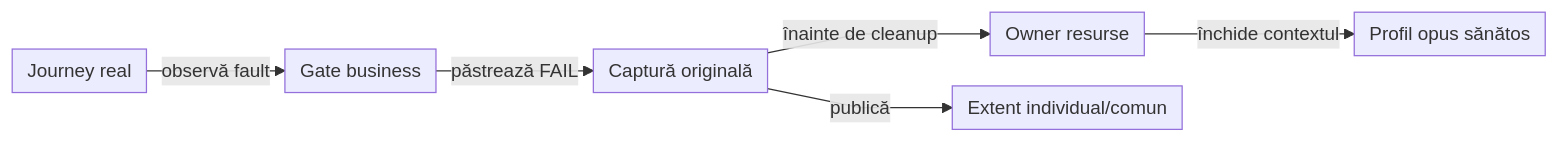
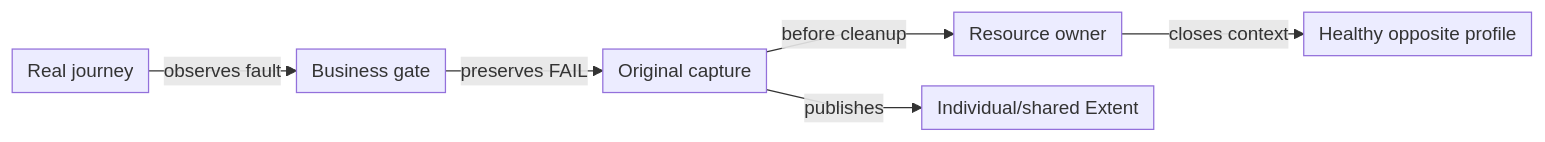
Before and after one commit to crististefanita/atf_j1: the second of 2 diagrams in docs/ATF_Context_Atlas.md, drawn with Mermaid. The commit also changed other lines of this file and 83 other files, not shown here.

Commit message:
Improve J1 report evidence and bilingual documentation

````diff
--- a/docs/ATF_Context_Atlas.md
+++ b/docs/ATF_Context_Atlas.md
@@ -125,9 +127,9 @@
 ```mermaid
 %%{init: {"themeVariables":{"fontSize":"15px"},"themeCSS":".nodeLabel, .nodeLabel p { font-size: 15px !important; line-height: 1.35 !important; } .edgeLabel, .edgeLabel p { font-size: 12px !important; font-weight: 400 !important; line-height: 1.2 !important; } .edgeLabel .labelBkg, .edgeLabel p { background: transparent !important; } .edgeLabel foreignObject { transform: translateY(-18px); overflow: visible; } .node rect { rx: 6px; ry: 6px; }","flowchart":{"curve":"linear","nodeSpacing":24,"rankSpacing":24,"padding":6,"diagramPadding":20}}}%%
 flowchart LR
-    Journey["Journey real"] -->|observă fault| Gate["Gate business"]
-    Gate -->|păstrează FAIL| Evidence["Captură originală"]
-    Evidence -->|înainte de cleanup| Owner["Owner resurse"]
-    Owner -->|închide contextul| Next["Profil opus sănătos"]
-    Evidence -->|publică| Report["Extent individual/comun"]
+    Journey["Real journey"] -->|observes fault| Gate["Business gate"]
+    Gate -->|preserves FAIL| Evidence["Original capture"]
+    Evidence -->|before cleanup| Owner["Resource owner"]
+    Owner -->|closes context| Next["Healthy opposite profile"]
+    Evidence -->|publishes| Report["Individual/shared Extent"]
 ```
````
